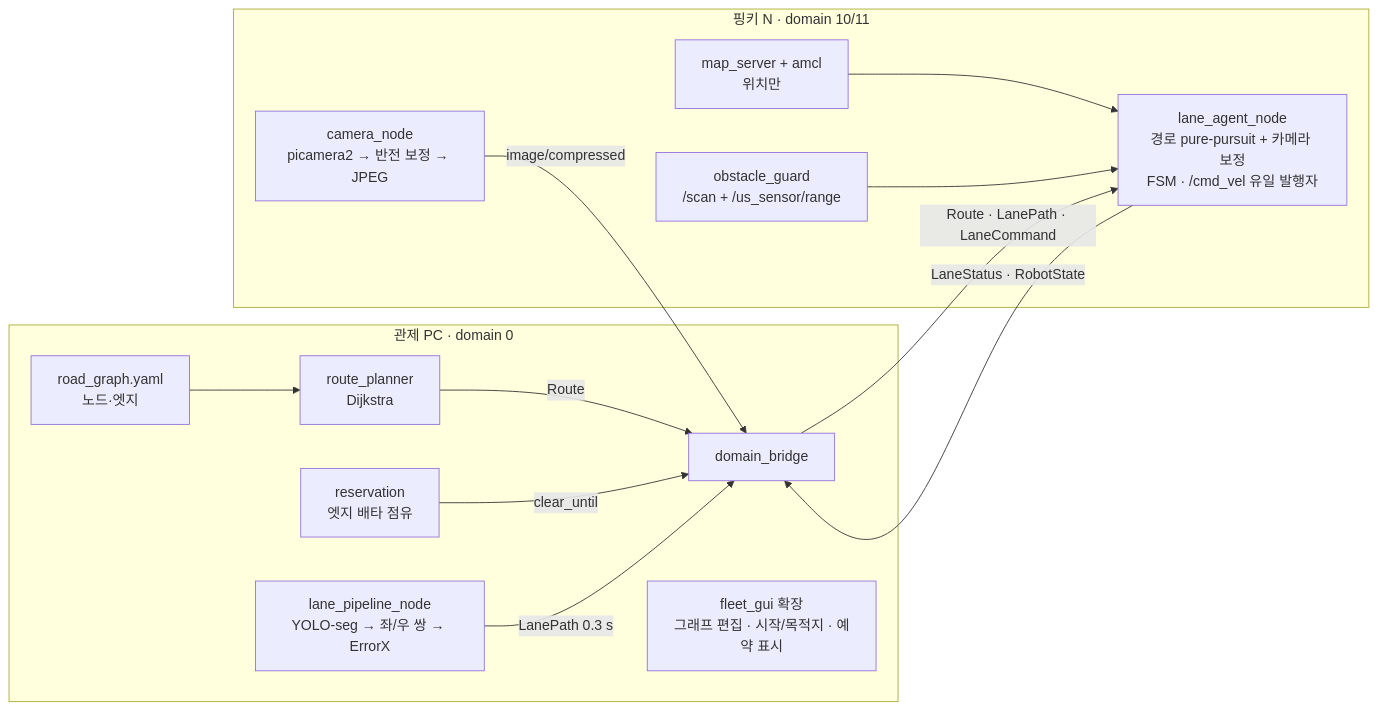
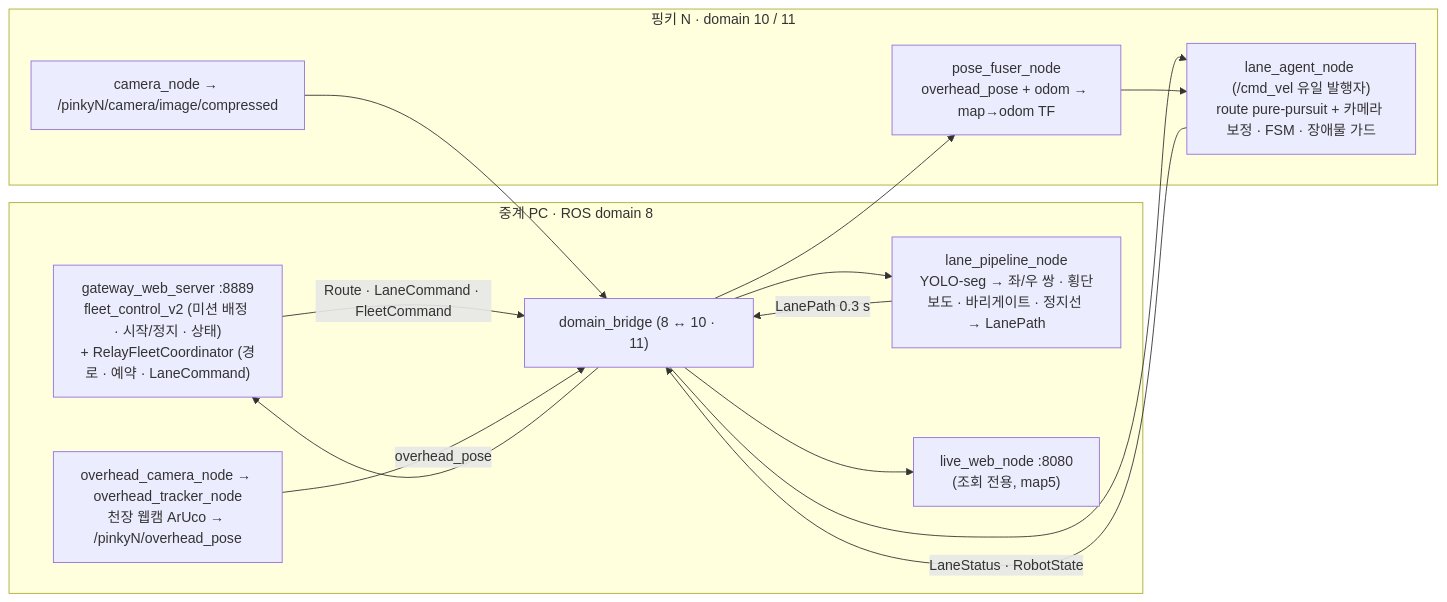
Before and after one commit to sakim0128/pinky_pro_team11: the diagram in README.md, drawn with Mermaid. The commit also changed other lines of this file and 3 other files, not shown here.

First line of the commit message:
docs: README 전면 개정 (비전 차선 주행 · 중계 관제 · 교차로 선착순 · map5 · pinkyN) + status.md 2026-09-29 정리, lane_only 주석

````diff
--- a/README.md
+++ b/README.md
@@ -40,19 +27,21 @@
 ```mermaid
 flowchart LR
-    subgraph PC["관제 PC · domain 0"]
-        G[road_graph.yaml<br/>노드·엣지] --> RP[route_planner<br/>Dijkstra]
-        RP -->|Route| B
-        RS[reservation<br/>엣지 배타 점유] -->|clear_until| B
-        P[lane_pipeline_node<br/>YOLO-seg → 좌/우 쌍 → ErrorX] -->|LanePath 0.3 s| B
-        GUI[fleet_gui 확장<br/>그래프 편집 · 시작/목적지 · 예약 표시]
-        B[domain_bridge]
+    subgraph PC["중계 PC · ROS domain 8"]
+        GW["gateway_web_server :8889<br/>fleet_control_v2 (미션 배정 · 시작/정지 · 상태)<br/>+ RelayFleetCoordinator (경로 · 예약 · LaneCommand)"]
+        LP["lane_pipeline_node<br/>YOLO-seg → 좌/우 쌍 · 횡단보도 · 바리게이트 · 정지선 → LanePath"]
+        OC["overhead_camera_node → overhead_tracker_node<br/>천장 웹캠 ArUco → /pinkyN/overhead_pose"]
+        LW["live_web_node :8080<br/>(조회 전용, map5)"]
+        B["domain_bridge (8 ↔ 10 · 11)"]
     end
-    subgraph R["핑키 N · domain 10/11"]
-        AM[map_server + amcl<br/>위치만] --> LA
-        CAM[camera_node<br/>picamera2 → 반전 보정 → JPEG] -->|image/compressed| B
-        OG[obstacle_guard<br/>/scan + /us_sensor/range] --> LA
-        LA[lane_agent_node<br/>경로 pure-pursuit + 카메라 보정<br/>FSM · /cmd_vel 유일 발행자]
-        LA -->|LaneStatus · RobotState| B
+    subgraph R["핑키 N · domain 10 / 11"]
+        CAM["camera_node → /pinkyN/camera/image/compressed"]
+        PF["pose_fuser_node<br/>overhead_pose + odom → map→odom TF"]
+        LA["lane_agent_node (/cmd_vel 유일 발행자)<br/>route pure-pursuit + 카메라 보정 · FSM · 장애물 가드"]
     end
-    B -->|Route · LanePath · LaneCommand| LA
+    GW -->|Route · LaneCommand · FleetCommand| B --> LA
+    LP -->|LanePath 0.3 s| B
+    OC -->|overhead_pose| B --> PF --> LA
+    CAM --> B --> LP
+    LA -->|LaneStatus · RobotState| B --> GW
+    B --> LW
 ```
````
